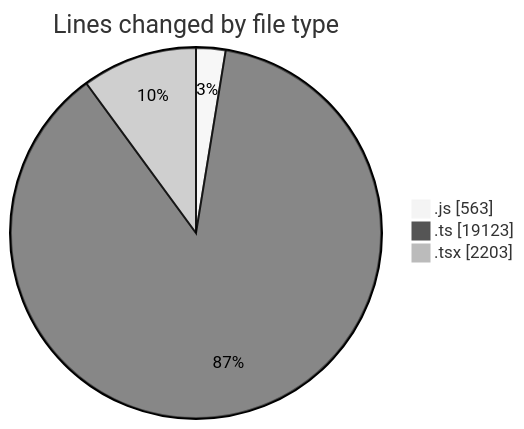
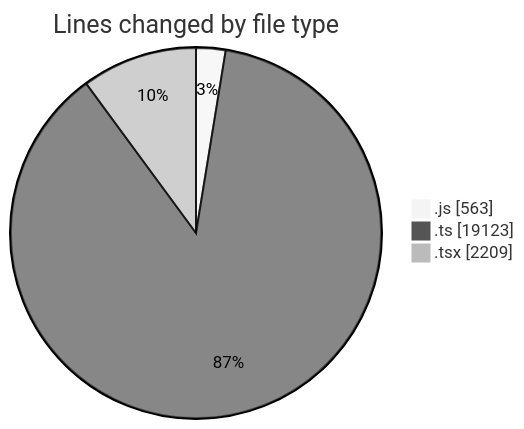
One commit to momahboobian/code-tracking changed the first of 2 diagrams in 2025-11-14/cda/README.md. Above: the diagram before and after it, drawn with Mermaid (neutral theme). The commit also changed other lines of this file and 1 other file, not shown here.

````diff
--- a/2025-11-14/cda/README.md
+++ b/2025-11-14/cda/README.md
@@ -40,7 +40,7 @@
 ```mermaid
 pie showData
 title Lines changed by file type
 ".js" : 563
 ".ts" : 19123
-".tsx" : 2203
+".tsx" : 2209
 ```
````
